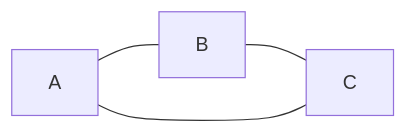
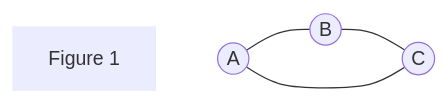
Before and after one commit to kluchey/OMG: the first of 2 diagrams in docs/Relative to Topics/Graph Theory.md, drawn with Mermaid. The commit also changed other lines of this file and 2 other files, not shown here.

````diff
--- a/docs/Relative to Topics/Graph Theory.md
+++ b/docs/Relative to Topics/Graph Theory.md
@@ -9,6 +13,11 @@
 ```mermaid
 graph LR
-	A --- B
-	B --- C
+	title[Figure 1]
+	title --- A
+	style title stroke:#FFF
+	linkStyle 0 stroke:#FFF,stroke-width:0;
+	
+	A((A)) --- B((B))
+	B --- C((C))
 	C --- A
 ```
````
